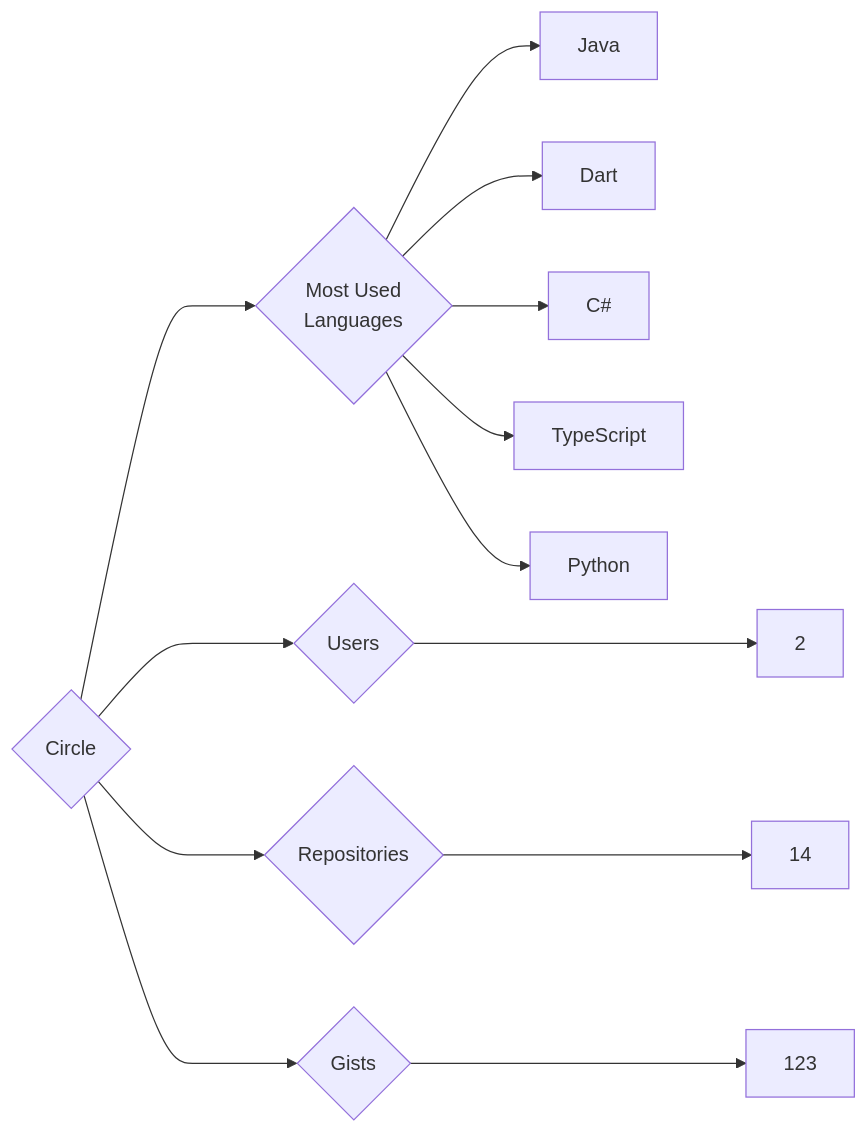
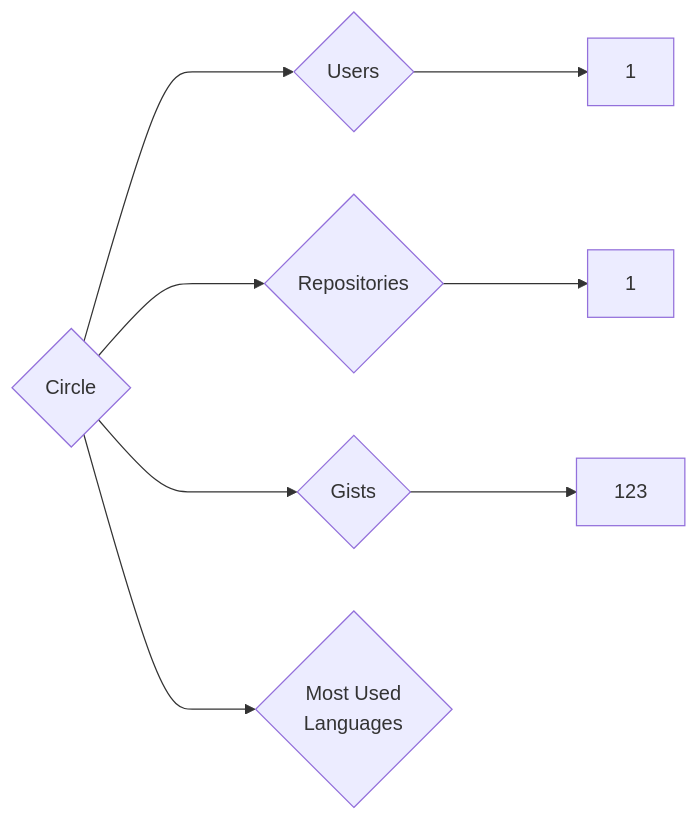
The diagram in targets/Circle/README.md (trickest/insiders), drawn with Mermaid before and after one commit. The commit also changed 1020 other files, not shown here.

````diff
--- a/targets/Circle/README.md
+++ b/targets/Circle/README.md
@@ -3,13 +3,8 @@
 ```mermaid
 graph LR
 COMPANY_NAME{Circle}
-COMPANY_NAME ---> U{Users} ---> UN[2]
-COMPANY_NAME ---> R{Repositories} ---> RN[14]
+COMPANY_NAME ---> U{Users} ---> UN[1]
+COMPANY_NAME ---> R{Repositories} ---> RN[1]
 COMPANY_NAME ---> G{Gists} ---> GN[123]
 COMPANY_NAME ---> ML{Most Used<br>Languages}
-ML --> Java[Java]
-ML --> Dart[Dart]
-ML --> C#[C#]
-ML --> TypeScript[TypeScript]
-ML --> Python[Python]
 ```
````
